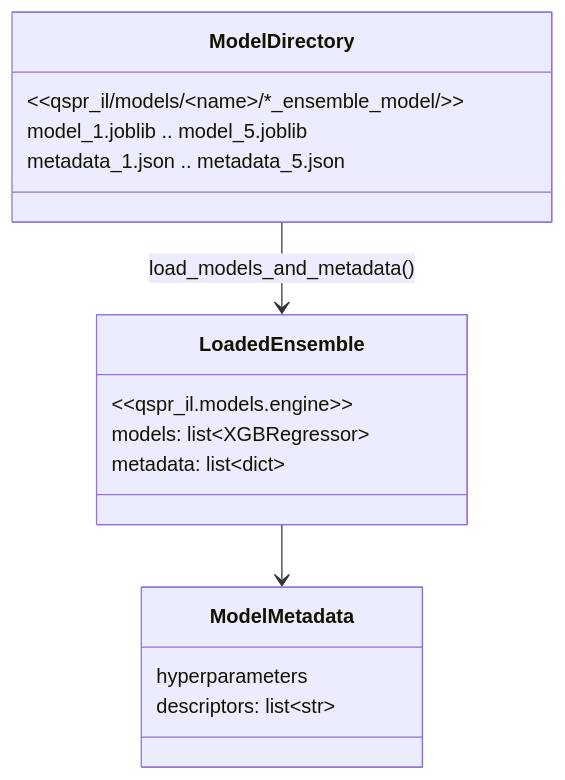
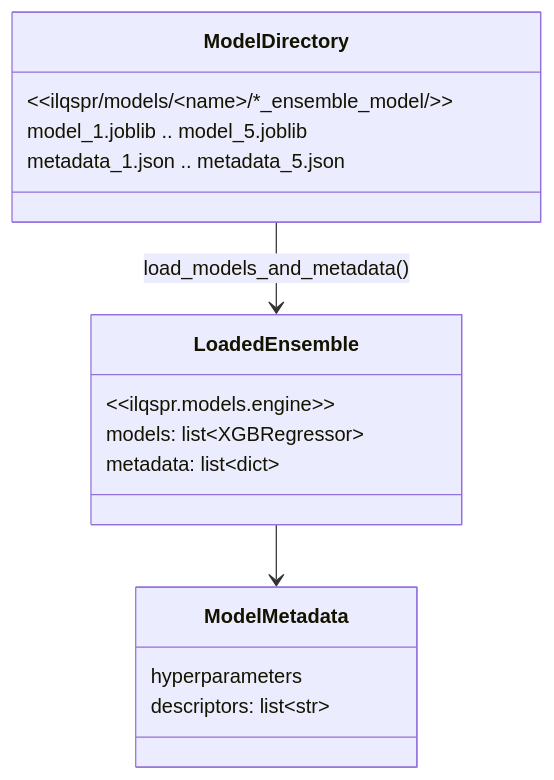
Before and after one commit to kammmran/qspr-il-density-refractive-index: the fourth of 4 diagrams in docs/engine.rst, drawn with Mermaid. The commit also changed other lines of this file and 25 other files, not shown here.

Commit message:
qspr_il replaced with ilqspr

```diff
--- a/docs/engine.rst
+++ b/docs/engine.rst
@@ -87,19 +87,19 @@
 .. mermaid::
 
    classDiagram
        class ModelDirectory {
-           &lt;&lt;qspr_il/models/&lt;name&gt;/*_ensemble_model/&gt;&gt;
+           &lt;&lt;ilqspr/models/&lt;name&gt;/*_ensemble_model/&gt;&gt;
            model_1.joblib .. model_5.joblib
            metadata_1.json .. metadata_5.json
        }
        class LoadedEnsemble {
-           &lt;&lt;qspr_il.models.engine&gt;&gt;
+           &lt;&lt;ilqspr.models.engine&gt;&gt;
            models: list~XGBRegressor~
            metadata: list~dict~
        }
        class ModelMetadata {
            hyperparameters
            descriptors: list~str~
        }
        ModelDirectory --> LoadedEnsemble : load_models_and_metadata()
        LoadedEnsemble --> ModelMetadata
```
